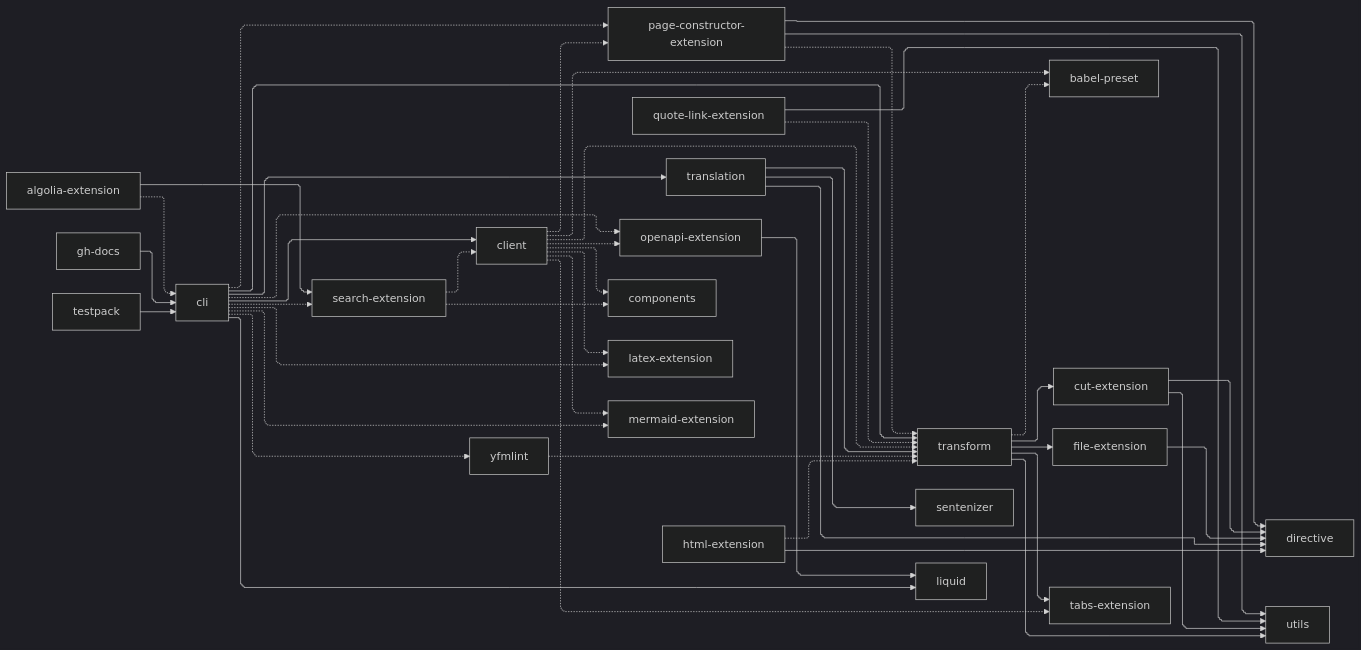
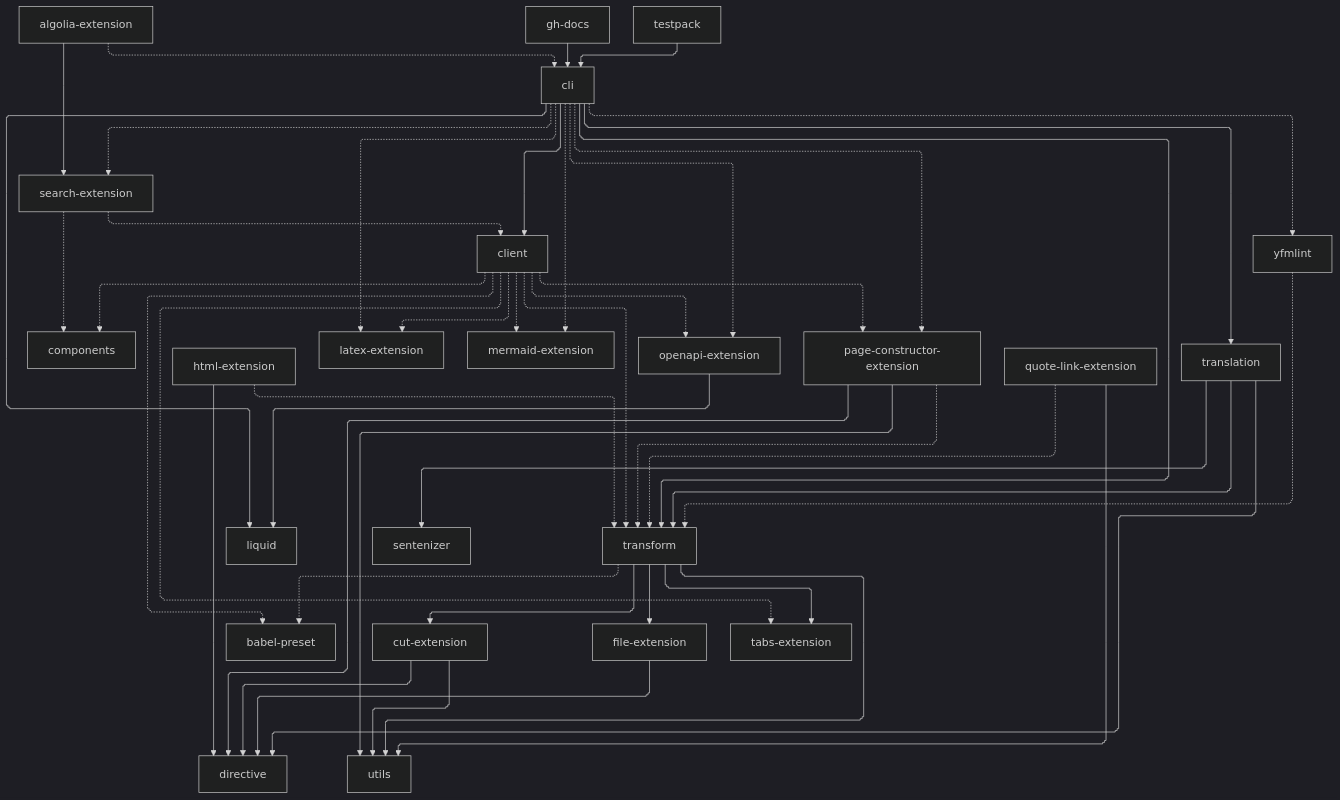
One commit to diplodoc-platform/diplodoc changed the diagram in PULSE.md. Above: the diagram before and after it, drawn with Mermaid (dark theme). The commit also changed other lines of this file and 1 other file, not shown here.

Commit message:
Update pulse

````diff
--- a/PULSE.md
+++ b/PULSE.md
@@ -74,6 +74,30 @@
 ```mermaid
 %%{ init: { "flowchart": { "curve": "stepAfter", "defaultRenderer": "elk" } } }%%
-flowchart LR
+flowchart TB
+  algolia-extension["algolia-extension"]
+  babel-preset["babel-preset"]
+  cli["cli"]
+  client["client"]
+  components["components"]
+  cut-extension["cut-extension"]
+  directive["directive"]
+  file-extension["file-extension"]
+  gh-docs["gh-docs"]
+  html-extension["html-extension"]
+  latex-extension["latex-extension"]
+  liquid["liquid"]
+  mermaid-extension["mermaid-extension"]
+  openapi-extension["openapi-extension"]
+  page-constructor-extension["page-constructor-extension"]
+  quote-link-extension["quote-link-extension"]
+  search-extension["search-extension"]
+  sentenizer["sentenizer"]
+  tabs-extension["tabs-extension"]
+  testpack["testpack"]
+  transform["transform"]
+  translation["translation"]
+  utils["utils"]
+  yfmlint["yfmlint"]
   page-constructor-extension -.-> transform
   page-constructor-extension --> directive
   page-constructor-extension --> utils
@@ -118,4 +142,27 @@
   cli --> liquid
   cli --> transform
   cli --> translation
+  click algolia-extension href "https://github.com/diplodoc-platform/algolia-extension"
+  click babel-preset href "https://github.com/diplodoc-platform/babel-preset"
+  click cli href "https://github.com/diplodoc-platform/cli"
+  click client href "https://github.com/diplodoc-platform/client"
+  click components href "https://github.com/diplodoc-platform/components"
+  click cut-extension href "https://github.com/diplodoc-platform/cut-extension"
+  click directive href "https://github.com/diplodoc-platform/directive"
+  click file-extension href "https://github.com/diplodoc-platform/file-extension"
+  click html-extension href "https://github.com/diplodoc-platform/html-extension"
+  click latex-extension href "https://github.com/diplodoc-platform/latex-extension"
+  click liquid href "https://github.com/diplodoc-platform/liquid"
+  click mermaid-extension href "https://github.com/diplodoc-platform/mermaid-extension"
+  click openapi-extension href "https://github.com/diplodoc-platform/openapi-extension"
+  click page-constructor-extension href "https://github.com/diplodoc-platform/page-constructor-extension"
+  click quote-link-extension href "https://github.com/diplodoc-platform/quote-link-extension"
+  click search-extension href "https://github.com/diplodoc-platform/search-extension"
+  click sentenizer href "https://github.com/diplodoc-platform/sentenizer"
+  click tabs-extension href "https://github.com/diplodoc-platform/tabs-extension"
+  click testpack href "https://github.com/diplodoc-platform/testpack"
+  click transform href "https://github.com/diplodoc-platform/transform"
+  click translation href "https://github.com/diplodoc-platform/translation"
+  click utils href "https://github.com/diplodoc-platform/utils"
+  click yfmlint href "https://github.com/diplodoc-platform/yfmlint"
 ```
````
